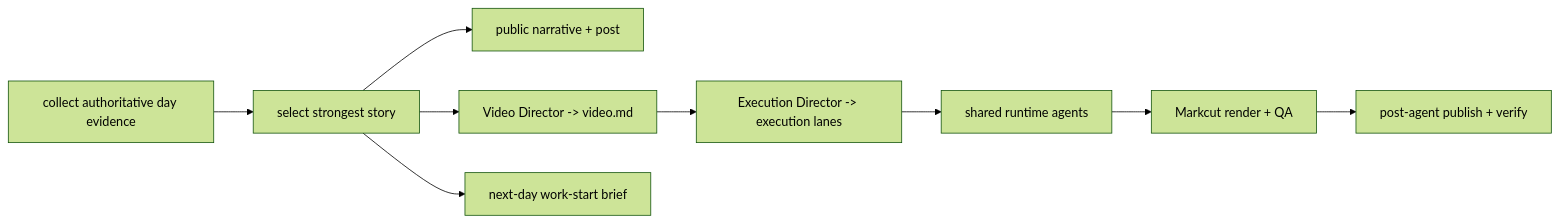
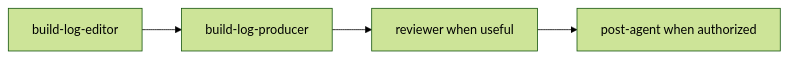
One commit to lalalic/neo changed the diagram in neo-build-log/AGENTS.md. Above: the diagram before and after it, drawn with Mermaid (forest theme). The commit also changed other lines of this file and 3 other files, not shown here.

First line of the commit message:
Rebuild Neo Build Log content project (#73)

````diff
--- a/neo-build-log/AGENTS.md
+++ b/neo-build-log/AGENTS.md
@@ -19,11 +24,6 @@
 ```mermaid
 flowchart LR
-  A[collect authoritative day evidence] --> B[select strongest story]
-  B --> C[public narrative + post]
-  B --> D[Video Director -> video.md]
-  D --> E[Execution Director -> execution lanes]
-  E --> F[shared runtime agents]
-  F --> G[Markcut render + QA]
-  G --> H[post-agent publish + verify]
-  B --> I[next-day work-start brief]
+  A[build-log-editor] --> B[build-log-producer]
+  B --> C[reviewer when useful]
+  C --> D[post-agent when authorized]
 ```
````
